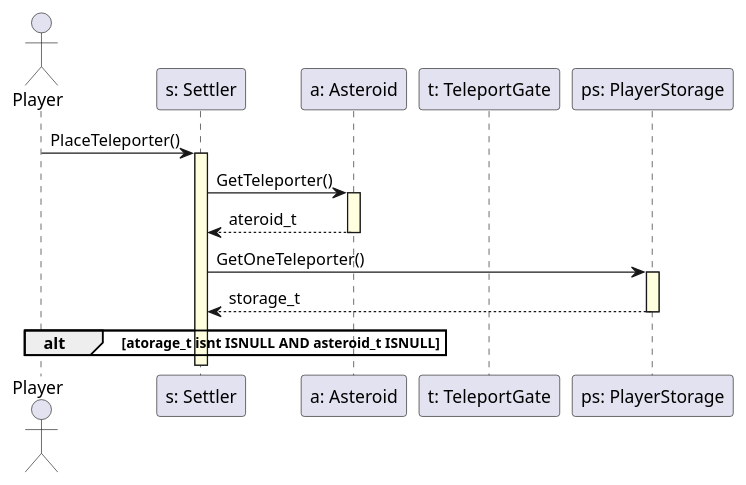
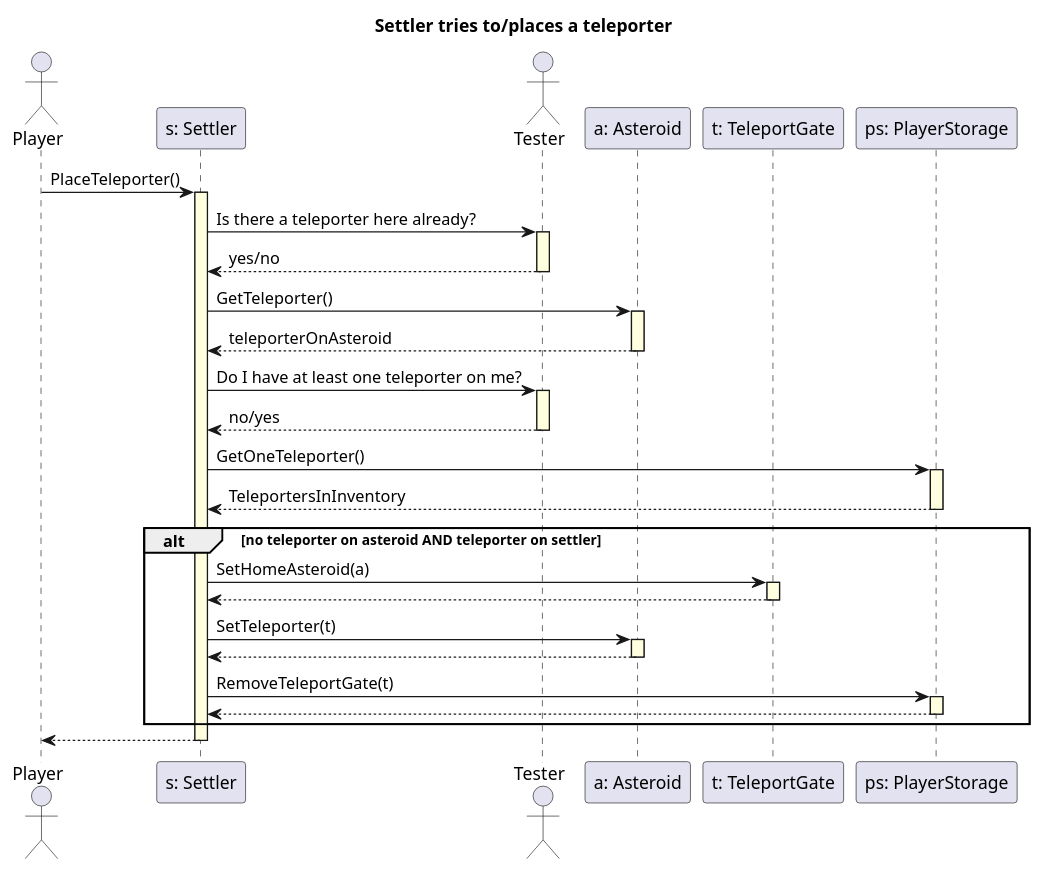
One commit to bbucsy/projlab_holy_oil changed the diagram in uml/placeteleport.plantuml. Above: the diagram before and after it, drawn with PlantUML. The commit also changed 6 other files, not shown here.

```diff
--- a/uml/placeteleport.plantuml
+++ b/uml/placeteleport.plantuml
@@ -1,22 +1,33 @@
 @startuml
 
 skinparam SequenceLifeLineBackgroundColor LightYellow
-
+title "Settler tries to/places a teleporter"
 actor Player as player
 participant "s: Settler" as settler
+actor Tester as tester
 participant "a: Asteroid" as asteroid
 participant "t: TeleportGate" as teleport
 participant "ps: PlayerStorage" as storage
 
 player -> settler ++: PlaceTeleporter()
+settler -> tester ++: Is there a teleporter here already?
+tester --> settler --: yes/no
 settler -> asteroid ++: GetTeleporter()
-asteroid --> settler -- : ateroid_t
+asteroid --> settler -- : teleporterOnAsteroid
+settler -> tester ++: Do I have at least one teleporter on me?
+tester --> settler --: no/yes
 settler -> storage ++: GetOneTeleporter()
-storage --> settler -- : storage_t
+storage --> settler -- : TeleportersInInventory
 
-alt atorage_t isnt ISNULL AND asteroid_t ISNULL
-    
+alt no teleporter on asteroid AND teleporter on settler
+    settler -> teleport ++: SetHomeAsteroid(a)
+    teleport --> settler --
+    settler -> asteroid ++: SetTeleporter(t)
+    asteroid --> settler --
+    settler -> storage ++: RemoveTeleportGate(t)
+    storage --> settler --
+
 end
-
+settler --> player --
 
 @enduml
```
